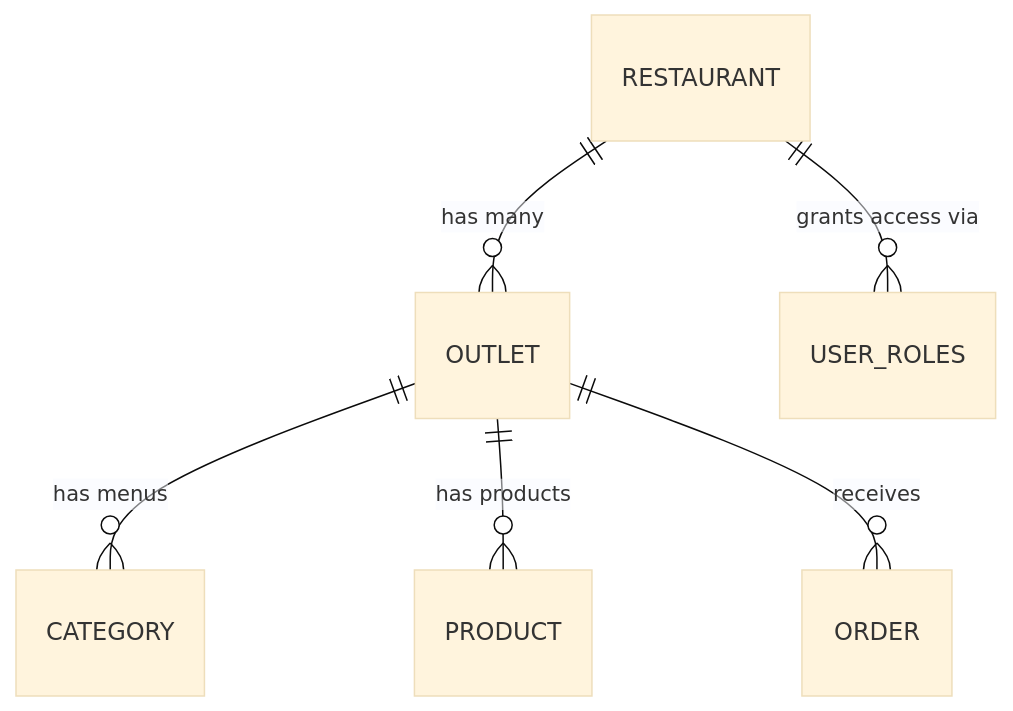
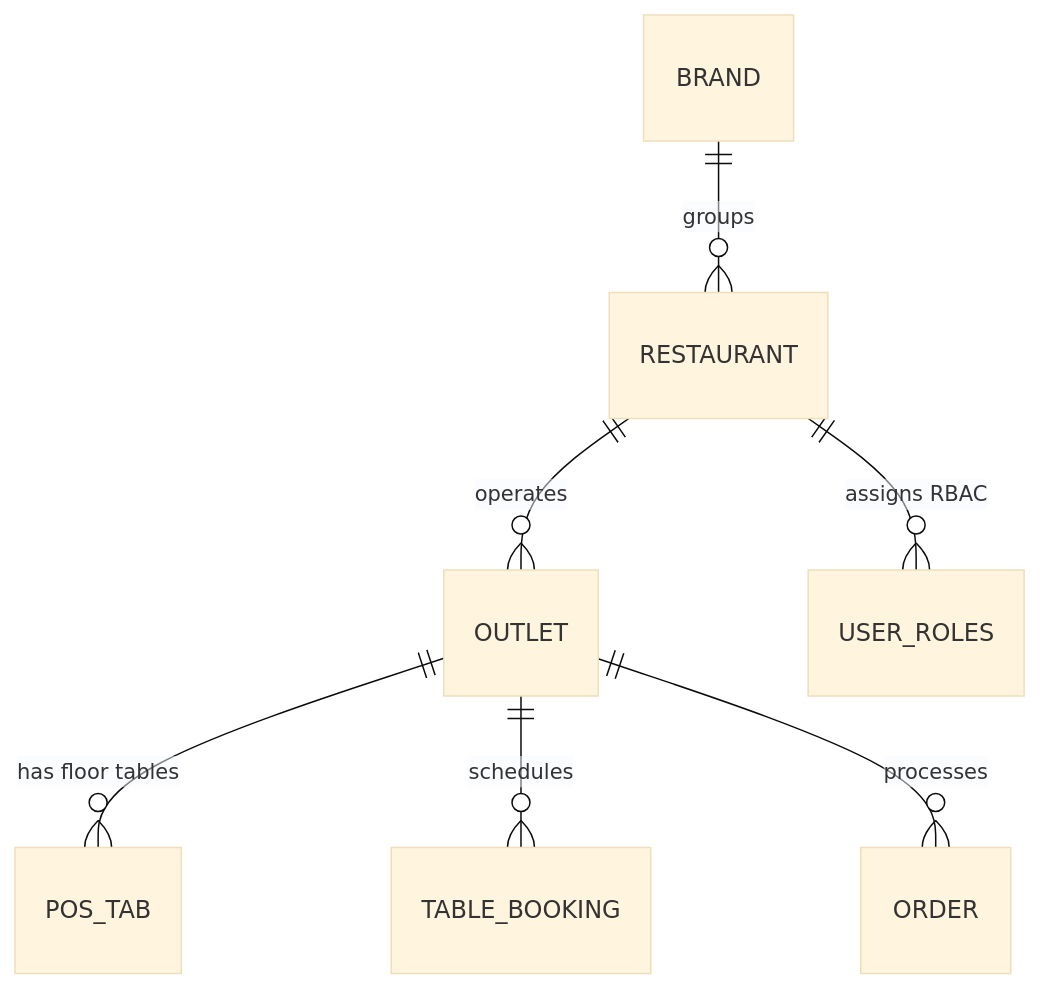
One commit to nagubathula/billjotindia changed the diagram in docs/WORKFLOWS.md. Above: the diagram before and after it, drawn with Mermaid (base theme). The commit also changed other lines of this file and 9 other files, not shown here.

Commit message:
Update architecture, schema, workflow, and feature documentation in docs/

````diff
--- a/docs/WORKFLOWS.md
+++ b/docs/WORKFLOWS.md
@@ -14,8 +9,9 @@
 ```mermaid
 erDiagram
-    RESTAURANT ||--o{ OUTLET : "has many"
-    RESTAURANT ||--o{ USER_ROLES : "grants access via"
-    OUTLET ||--o{ CATEGORY : "has menus"
-    OUTLET ||--o{ PRODUCT : "has products"
-    OUTLET ||--o{ ORDER : "receives"
+    BRAND ||--o{ RESTAURANT : "groups"
+    RESTAURANT ||--o{ OUTLET : "operates"
+    RESTAURANT ||--o{ USER_ROLES : "assigns RBAC"
+    OUTLET ||--o{ POS_TAB : "has floor tables"
+    OUTLET ||--o{ TABLE_BOOKING : "schedules"
+    OUTLET ||--o{ ORDER : "processes"
 ```
````
